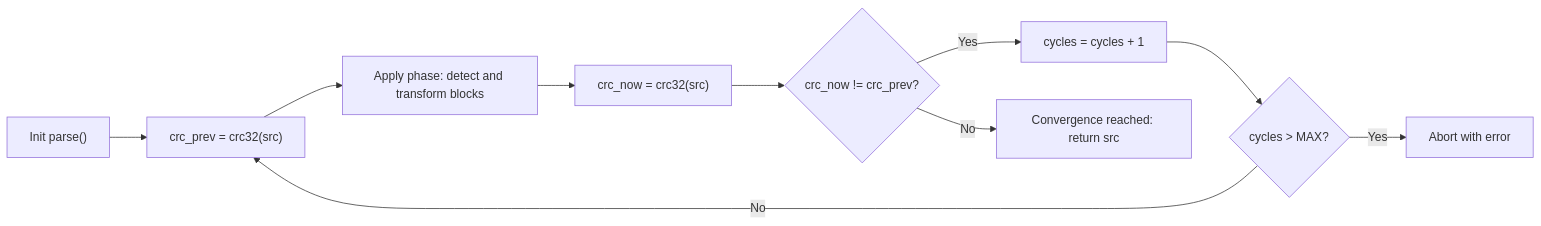
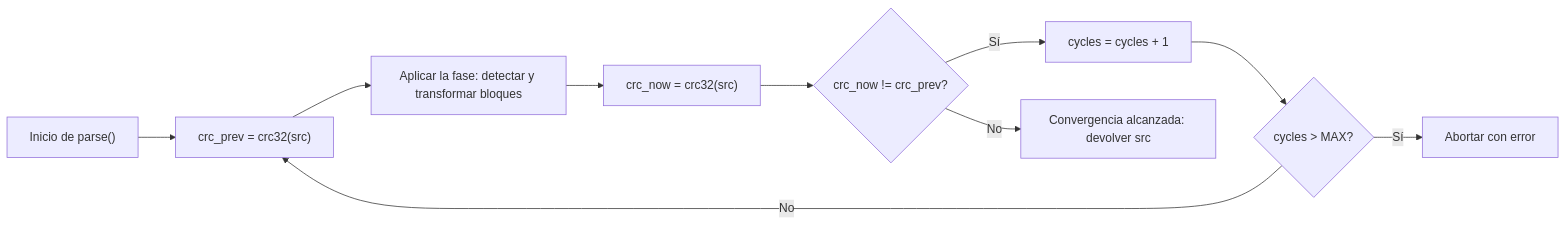
One commit to divengine/divide changed the second of 4 diagrams in src/divide/manual/books/div.es/README.md. Above: the diagram before and after it, drawn with Mermaid. The commit also changed other lines of this file and 1 other file, not shown here.

Commit message:
Div's documentation in Spanish: the README's diagrams in Spanish, synced

````diff
--- a/src/divide/manual/books/div.es/README.md
+++ b/src/divide/manual/books/div.es/README.md
@@ -53,12 +53,12 @@
 ```mermaid
 flowchart LR
-    A["Init parse()"] --> B["crc_prev = crc32(src)"]
-    B --> C["Apply phase: detect and transform blocks"]
+    A["Inicio de parse()"] --> B["crc_prev = crc32(src)"]
+    B --> C["Aplicar la fase: detectar y transformar bloques"]
     C --> D["crc_now = crc32(src)"]
     D --> E{"crc_now != crc_prev?"}
-    E -- "Yes" --> F["cycles = cycles + 1"]
+    E -- "Sí" --> F["cycles = cycles + 1"]
     F --> G{"cycles > MAX?"}
-    G -- "Yes" --> H["Abort with error"]
+    G -- "Sí" --> H["Abortar con error"]
     G -- "No" --> B
-    E -- "No" --> I["Convergence reached: return src"]
+    E -- "No" --> I["Convergencia alcanzada: devolver src"]
 ```
````
